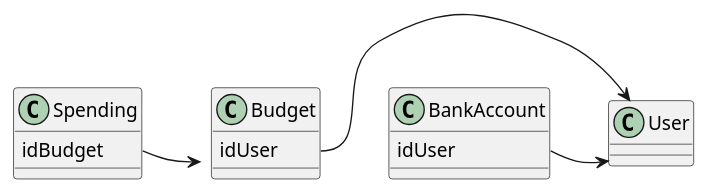
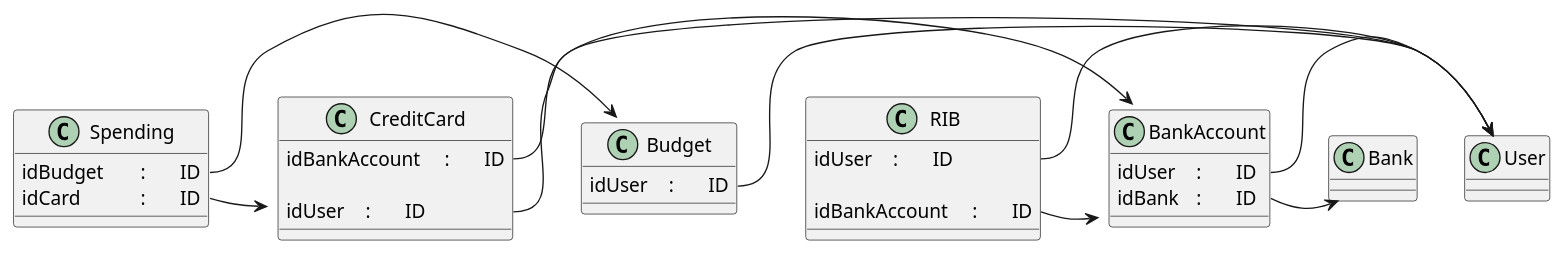
Before and after one commit to FlorianMarcon/BankModels: the diagram in doc/Relation.plantuml, drawn with PlantUML. The commit also changed 17 other files, not shown here.

Commit message:
Update documentation. Add somes models: CreditCard, RIB, Bank

```diff
--- a/doc/Relation.plantuml
+++ b/doc/Relation.plantuml
@@ -1,18 +1,45 @@
 @startuml
 
 class User
+class Bank
+
 class BankAccount {
-	idUser
+	idUser	:	ID
+	idBank	:	ID
 }
 class Budget {
-	idUser
+	idUser	:	ID
+}
+
+class CreditCard {
+	idBankAccount	:	ID
+
+	idUser	:	ID
+}
+
+class RIB {
+	idUser	:	ID
+
+	idBankAccount	:	ID
 }
 class Spending {
-	idBudget
+	idBudget	:	ID
+	idCard		:	ID
 }
 
+BankAccount::idUser -> User
+BankAccount::idBank -> Bank
+
+Budget::idUser -> User
+
+CreditCard::idBankAccount -> BankAccount
+CreditCard::idUser -> User
+
+RIB::idUser -> User
+RIB::idBankAccount -> BankAccount
+
+
 Spending::idBudget -> Budget
-Budget::idUser -> User
-BankAccount::idUser -> User
+Spending::idCard -> CreditCard
 
 @enduml
```
